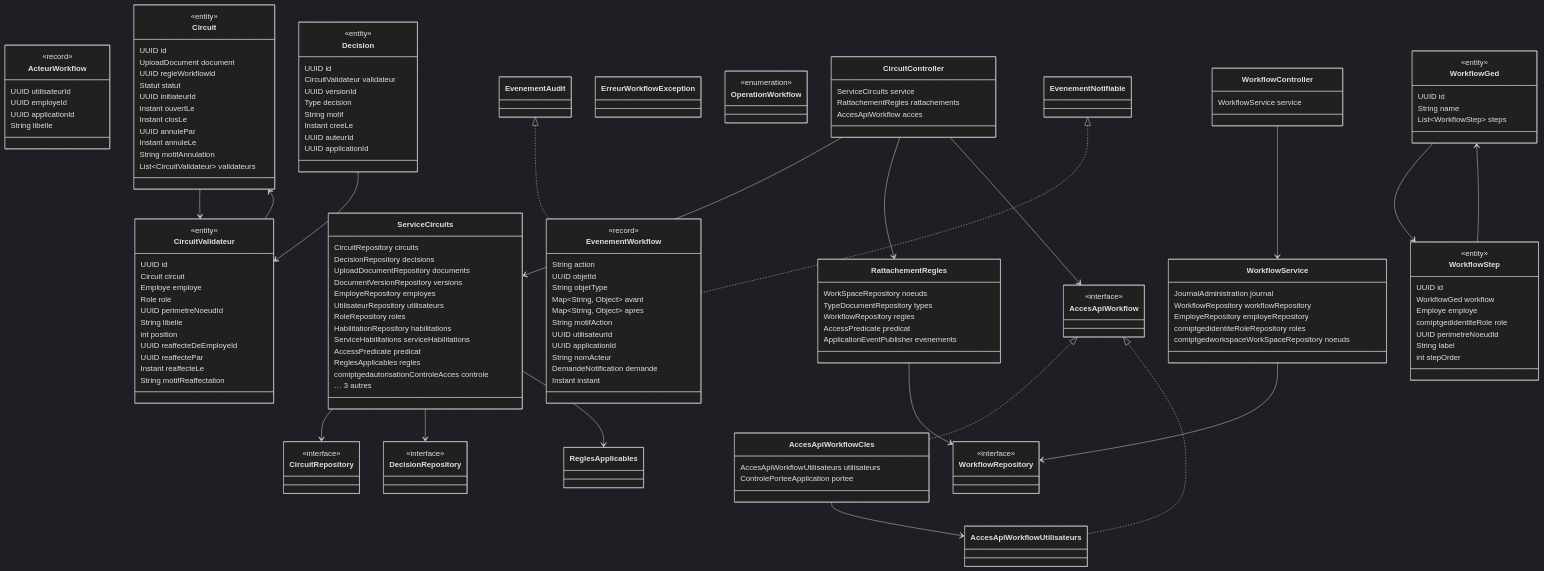
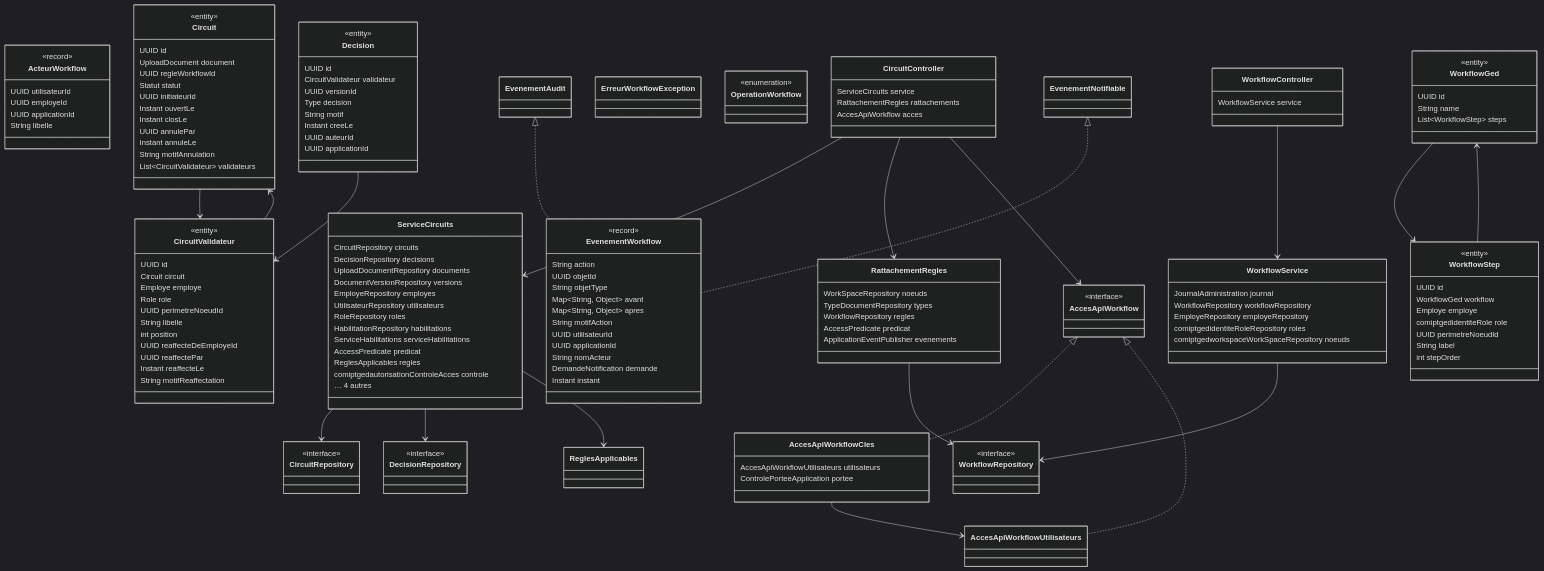
Diagram 13 of 23 in docs/modelisation/CLASSES.md (abddou2000/GED), drawn with Mermaid (dark theme) before and after one commit. The commit also changed other lines of this file and 4 other files, not shown here.

```diff
--- a/docs/modelisation/CLASSES.md
+++ b/docs/modelisation/CLASSES.md
@@ -1755,7 +1830,7 @@
     AccessPredicate predicat
     ReglesApplicables regles
     comiptgedautorisationControleAcces controle
-    … 3 autres
+    … 4 autres
   }
   class WorkflowController {
     WorkflowService service
```
